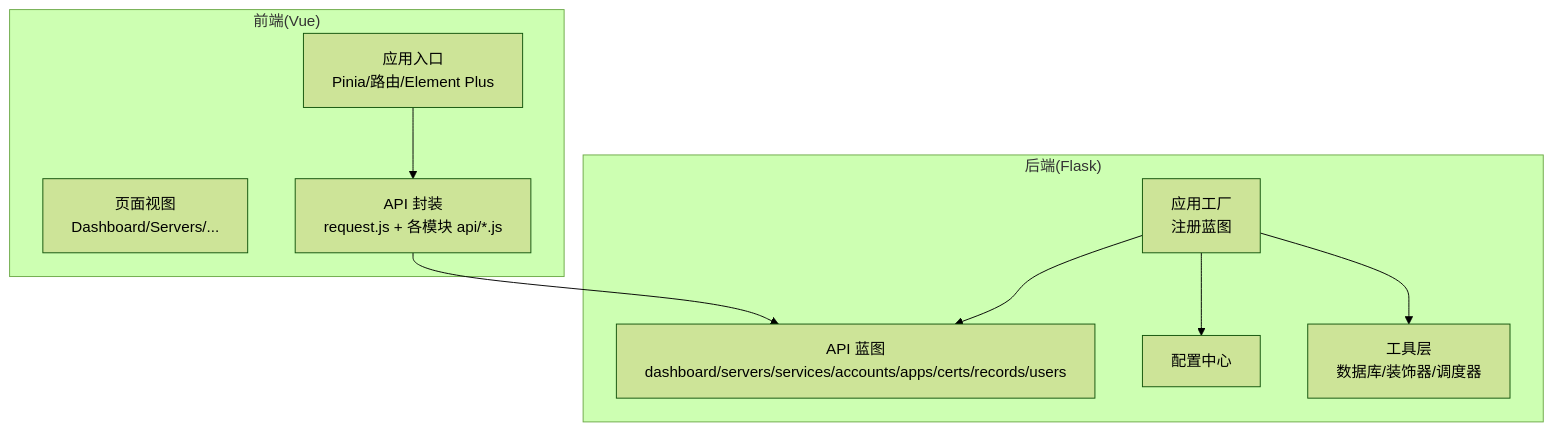
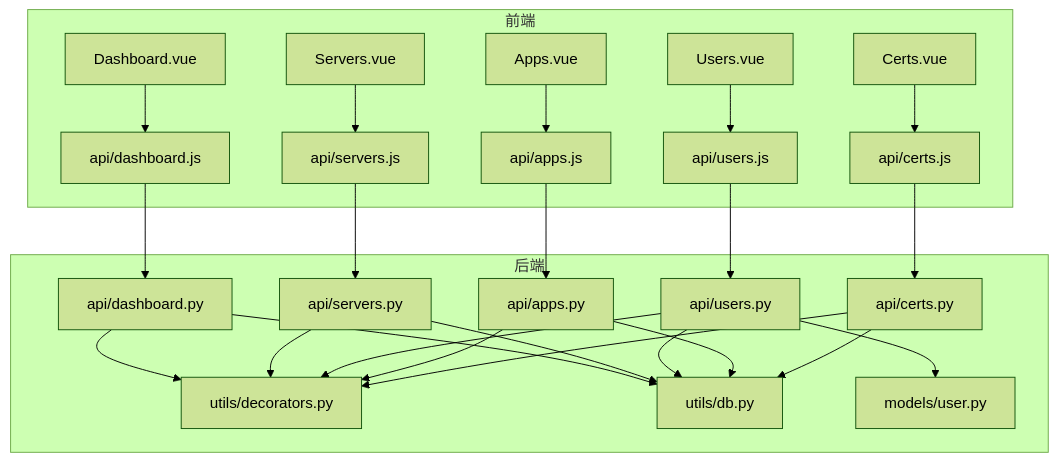
The first of 8 diagrams in .qoder/repowiki/zh/content/核心功能模块/核心功能模块.md (ismine3/OPS), drawn with Mermaid (forest theme) before and after one commit. The commit also changed other lines of this file and 109 other files, not shown here.

````diff
--- a/.qoder/repowiki/zh/content/核心功能模块/核心功能模块.md
+++ b/.qoder/repowiki/zh/content/核心功能模块/核心功能模块.md
@@ -81,19 +50,41 @@
 ```mermaid
 graph TB
-subgraph "后端(Flask)"
-A["应用工厂<br/>注册蓝图"]
-B["配置中心"]
-C["工具层<br/>数据库/装饰器/调度器"]
-D["API 蓝图<br/>dashboard/servers/services/accounts/apps/certs/records/users"]
+subgraph "前端"
+FE_Dash["Dashboard.vue"]
+FE_Servers["Servers.vue"]
+FE_Users["Users.vue"]
+FE_Apps["Apps.vue"]
+FE_Certs["Certs.vue"]
+API_Dash["api/dashboard.js"]
+API_Servers["api/servers.js"]
+API_Users["api/users.js"]
+API_Apps["api/apps.js"]
+API_Certs["api/certs.js"]
 end
-subgraph "前端(Vue)"
-E["应用入口<br/>Pinia/路由/Element Plus"]
-F["页面视图<br/>Dashboard/Servers/..."]
-G["API 封装<br/>request.js + 各模块 api/*.js"]
+subgraph "后端"
+BP_Dash["api/dashboard.py"]
+BP_Servers["api/servers.py"]
+BP_Users["api/users.py"]
+BP_Apps["api/apps.py"]
+BP_Certs["api/certs.py"]
+DEC["utils/decorators.py"]
+DB["utils/db.py"]
+MODEL_User["models/user.py"]
 end
-E --> G
-G --> D
-A --> D
-A --> B
-A --> C
+FE_Dash --> API_Dash --> BP_Dash
+FE_Servers --> API_Servers --> BP_Servers
+FE_Users --> API_Users --> BP_Users
+FE_Apps --> API_Apps --> BP_Apps
+FE_Certs --> API_Certs --> BP_Certs
+BP_Dash --> DB
+BP_Servers --> DB
+BP_Users --> DB
+BP_Apps --> DB
+BP_Certs --> DB
+BP_Users --> MODEL_User
+BP_Dash --> DEC
+BP_Servers --> DEC
+BP_Users --> DEC
+BP_Apps --> DEC
+BP_Certs --> DEC
 ```
````
